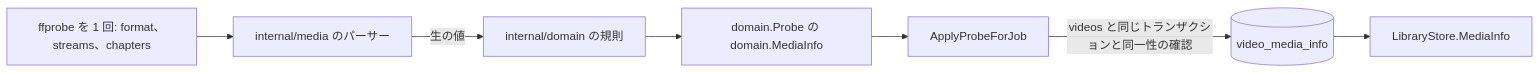
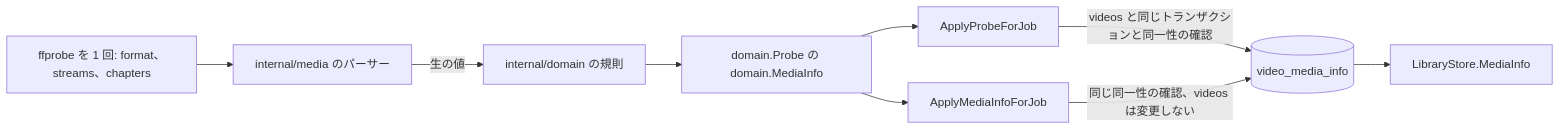
One commit to syudead/vv changed the diagram in translations/ja/docs/design-docs/media-information.md. Above: the diagram before and after it, drawn with Mermaid. The commit also changed other lines of this file, not shown here.

First line of the commit message:
docs(ja): refresh media-information translation

````diff
--- a/translations/ja/docs/design-docs/media-information.md
+++ b/translations/ja/docs/design-docs/media-information.md
@@ -12,9 +12,11 @@
 ```mermaid
 flowchart LR
   ffprobe[ffprobe を 1 回: format、streams、chapters] --> parser[internal/media のパーサー]
   parser -->|生の値| rules[internal/domain の規則]
   rules --> info[domain.Probe の domain.MediaInfo]
   info --> apply[ApplyProbeForJob]
+  info --> again[ApplyMediaInfoForJob]
   apply -->|videos と同じトランザクションと同一性の確認| row[(video_media_info)]
+  again -->|同じ同一性の確認、videos は変更しない| row
   row --> read[LibraryStore.MediaInfo]
 ```
````
